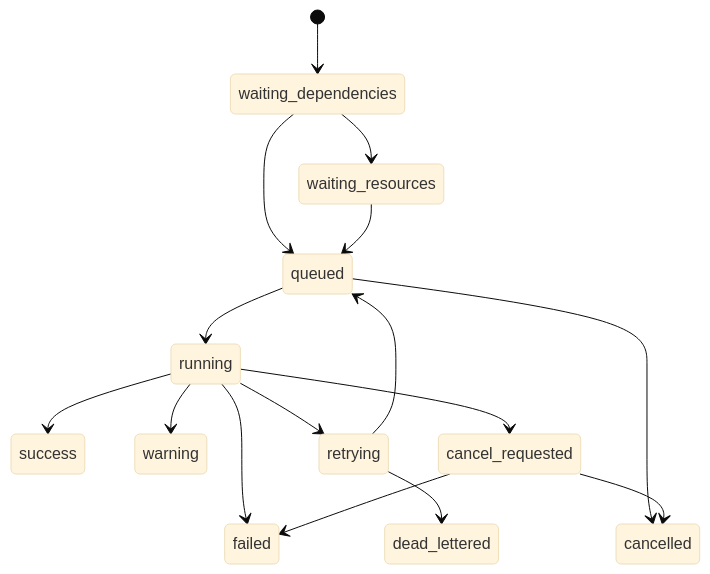
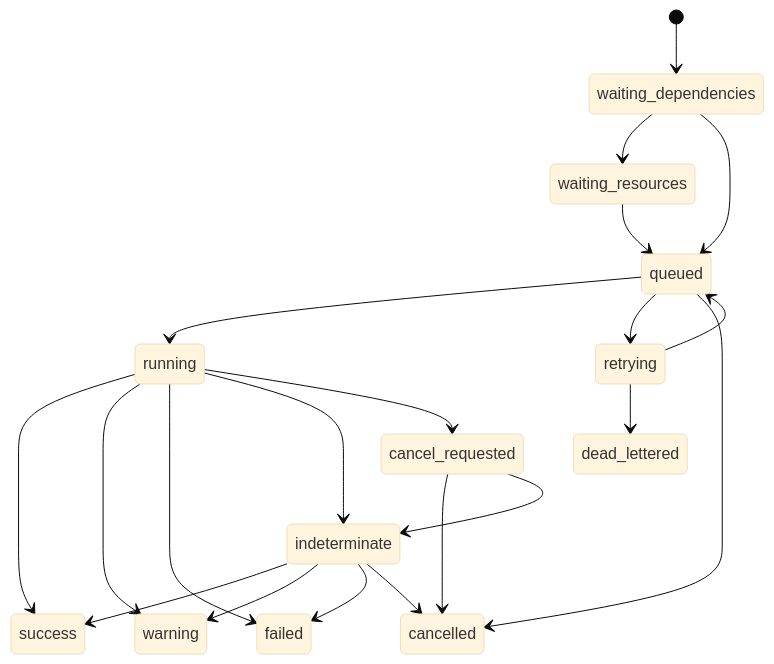
One commit to Rustkins-Project/RustkinsDocs changed the third of 5 diagrams in docs/architecture/components/01-runtime-lifecycle.md. Above: the diagram before and after it, drawn with Mermaid (base theme). The commit also changed other lines of this file and 8 other files, not shown here.

````diff
--- a/docs/architecture/components/01-runtime-lifecycle.md
+++ b/docs/architecture/components/01-runtime-lifecycle.md
@@ -216,18 +228,23 @@
 ``` mermaid
 stateDiagram-v2
 [*] --> waiting_dependencies
 waiting_dependencies --> waiting_resources
 waiting_dependencies --> queued
 waiting_resources --> queued
 queued --> running
+queued --> retrying
 queued --> cancelled
 running --> success
 running --> warning
 running --> failed
-running --> retrying
+running --> indeterminate
 running --> cancel_requested
 cancel_requested --> cancelled
-cancel_requested --> failed
+cancel_requested --> indeterminate
 retrying --> queued
 retrying --> dead_lettered
+indeterminate --> success
+indeterminate --> warning
+indeterminate --> failed
+indeterminate --> cancelled
 ```
````
